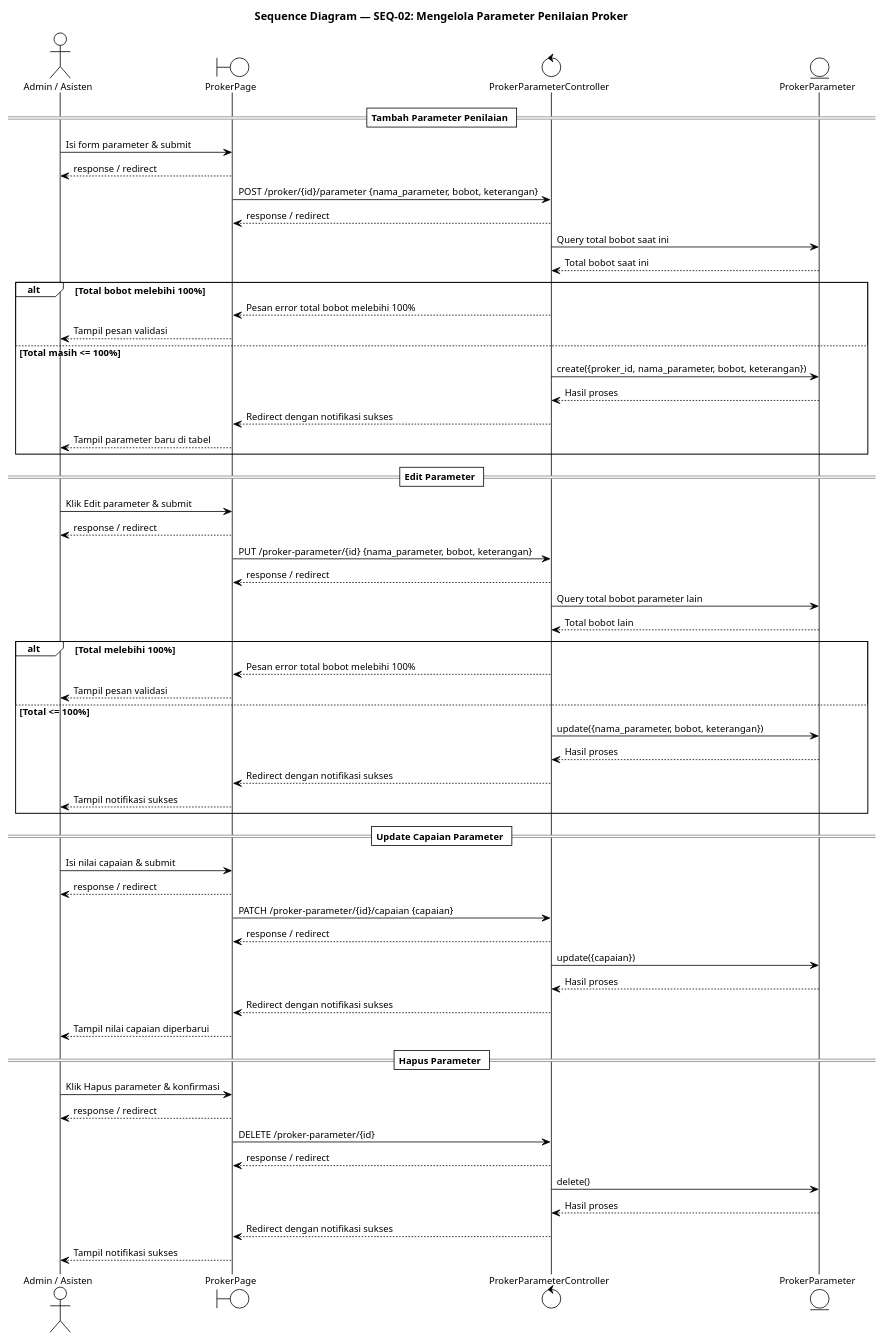
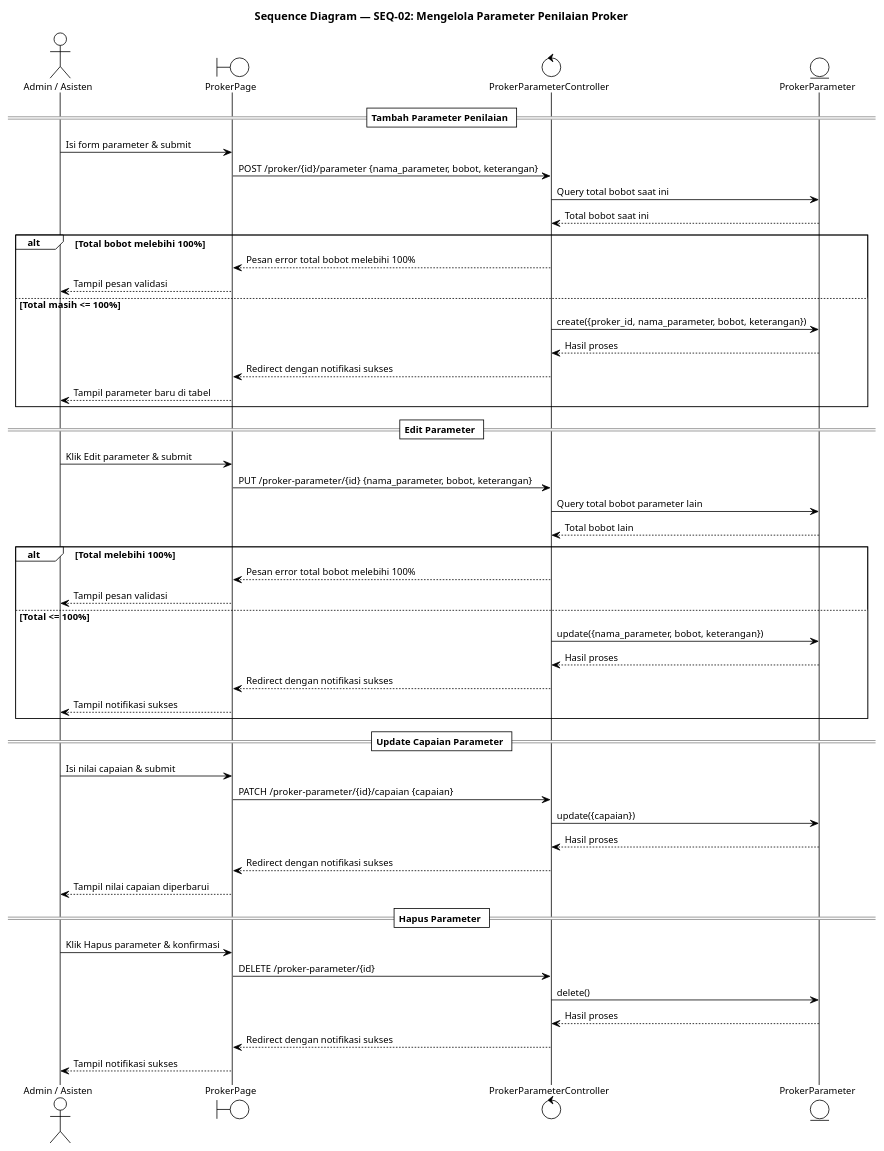
Before and after one commit to Habiboys/SILAB-DSI: the diagram in docs/kegiatan_proker/sequence/SEQ_02_PARAMETER_PENILAIAN_PROKER.puml, drawn with PlantUML. The commit also changed 126 other files, not shown here.

```diff
--- a/docs/kegiatan_proker/sequence/SEQ_02_PARAMETER_PENILAIAN_PROKER.puml
+++ b/docs/kegiatan_proker/sequence/SEQ_02_PARAMETER_PENILAIAN_PROKER.puml
@@ -1,70 +1,70 @@
 @startuml SEQ_02_PARAMETER_PENILAIAN_PROKER
 !theme plain
 skinparam defaultFontSize 12
 skinparam TitleFontSize 14
 title Sequence Diagram — SEQ-02: Mengelola Parameter Penilaian Proker
 
 actor       "Admin / Asisten"           as Admin
 boundary    "ProkerPage"                as Page
 control     "ProkerParameterController" as Ctrl
 entity      "ProkerParameter"           as ModelParam
 
 == Tambah Parameter Penilaian ==
 
 Admin -> Page         : Isi form parameter & submit
-Page --> Admin : response / redirect
+
 Page  -> Ctrl         : POST /proker/{id}/parameter {nama_parameter, bobot, keterangan}
-Ctrl --> Page : response / redirect
+
 Ctrl  -> ModelParam   : Query total bobot saat ini
 ModelParam --> Ctrl   : Total bobot saat ini
 alt Total bobot melebihi 100%
   Ctrl --> Page  : Pesan error total bobot melebihi 100%
   Page --> Admin : Tampil pesan validasi
 else Total masih <= 100%
   Ctrl  -> ModelParam : create({proker_id, nama_parameter, bobot, keterangan})
   ModelParam --> Ctrl : Hasil proses
   Ctrl  --> Page      : Redirect dengan notifikasi sukses
   Page  --> Admin     : Tampil parameter baru di tabel
 end
 
 == Edit Parameter ==
 
 Admin -> Page         : Klik Edit parameter & submit
-Page --> Admin : response / redirect
+
 Page  -> Ctrl         : PUT /proker-parameter/{id} {nama_parameter, bobot, keterangan}
-Ctrl --> Page : response / redirect
+
 Ctrl  -> ModelParam   : Query total bobot parameter lain
 ModelParam --> Ctrl   : Total bobot lain
 alt Total melebihi 100%
   Ctrl --> Page  : Pesan error total bobot melebihi 100%
   Page --> Admin : Tampil pesan validasi
 else Total <= 100%
   Ctrl  -> ModelParam : update({nama_parameter, bobot, keterangan})
   ModelParam --> Ctrl : Hasil proses
   Ctrl  --> Page      : Redirect dengan notifikasi sukses
   Page  --> Admin     : Tampil notifikasi sukses
 end
 
 == Update Capaian Parameter ==
 
 Admin -> Page         : Isi nilai capaian & submit
-Page --> Admin : response / redirect
+
 Page  -> Ctrl         : PATCH /proker-parameter/{id}/capaian {capaian}
-Ctrl --> Page : response / redirect
+
 Ctrl  -> ModelParam   : update({capaian})
 ModelParam --> Ctrl : Hasil proses
 Ctrl  --> Page        : Redirect dengan notifikasi sukses
 Page  --> Admin       : Tampil nilai capaian diperbarui
 
 == Hapus Parameter ==
 
 Admin -> Page         : Klik Hapus parameter & konfirmasi
-Page --> Admin : response / redirect
+
 Page  -> Ctrl         : DELETE /proker-parameter/{id}
-Ctrl --> Page : response / redirect
+
 Ctrl  -> ModelParam   : delete()
 ModelParam --> Ctrl : Hasil proses
 Ctrl  --> Page        : Redirect dengan notifikasi sukses
 Page  --> Admin       : Tampil notifikasi sukses
 
 @enduml
```
